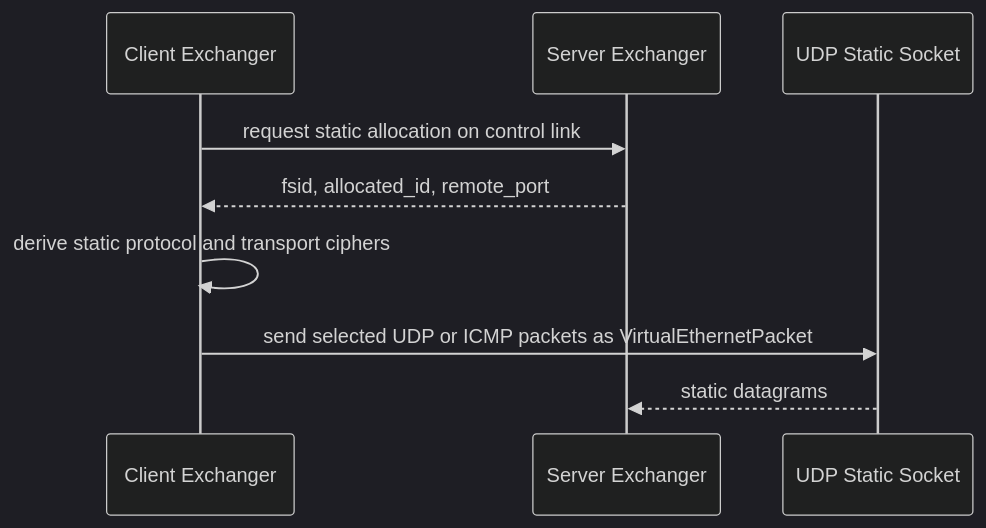
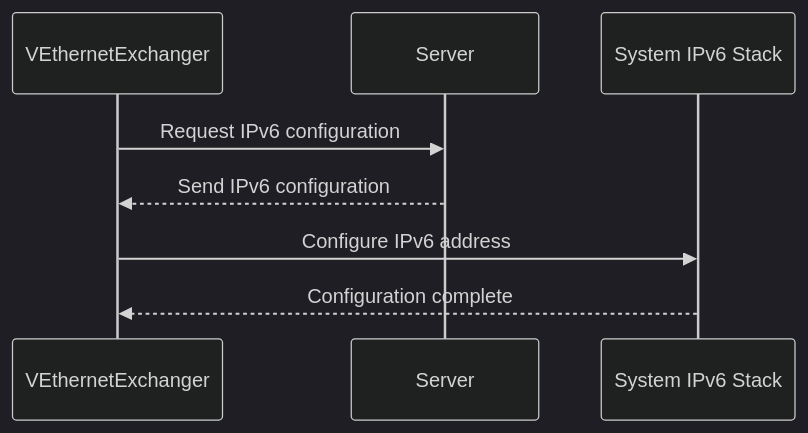
Before and after one commit to HyacinthHaru/openppp2: the ninth of 12 diagrams in docs/CLIENT_ARCHITECTURE.md, drawn with Mermaid (dark theme). The commit also changed other lines of this file and 31 other files, not shown here.

````diff
--- a/docs/CLIENT_ARCHITECTURE.md
+++ b/docs/CLIENT_ARCHITECTURE.md
@@ -314,11 +348,11 @@
 ```mermaid
 sequenceDiagram
-    participant C as Client Exchanger
-    participant S as Server Exchanger
-    participant U as UDP Static Socket
-    C->>S: request static allocation on control link
-    S-->>C: fsid, allocated_id, remote_port
-    C->>C: derive static protocol and transport ciphers
-    C->>U: send selected UDP or ICMP packets as VirtualEthernetPacket
-    U-->>S: static datagrams
+    participant E as VEthernetExchanger
+    participant S as Server
+    participant A as System IPv6 Stack
+    
+    E->>S: Request IPv6 configuration
+    S-->>E: Send IPv6 configuration
+    E->>A: Configure IPv6 address
+    A-->>E: Configuration complete
 ```
````
